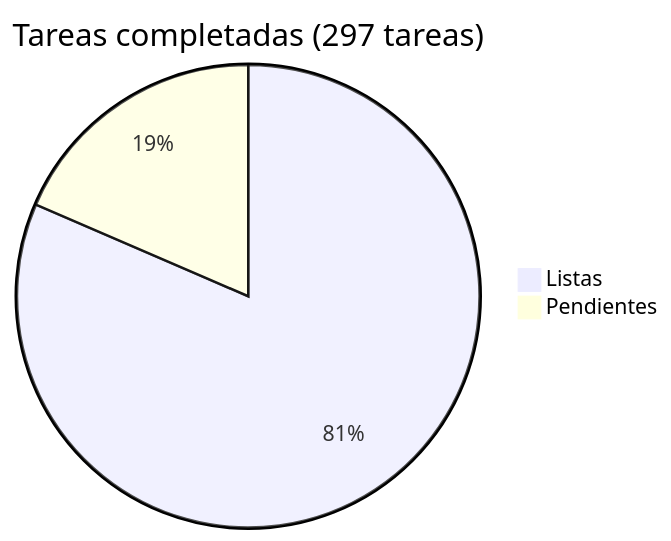
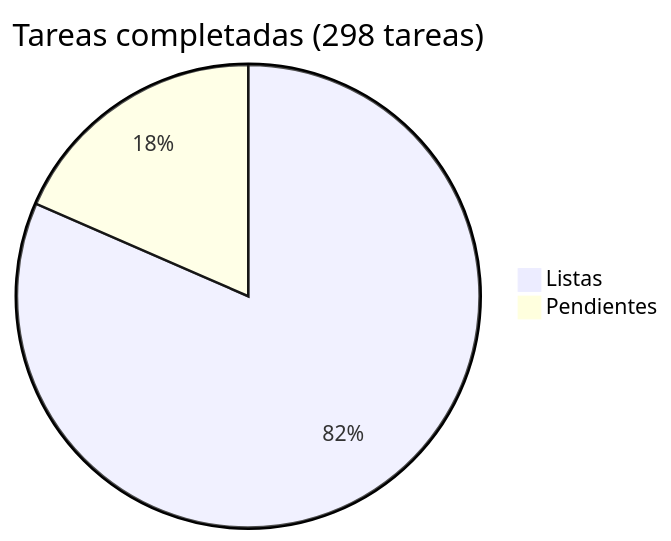
One commit to araguaney-lat/araguaney changed the diagram in docs/roadmap/README.md. Above: the diagram before and after it, drawn with Mermaid. The commit also changed other lines of this file and 7 other files, not shown here.

````diff
--- a/docs/roadmap/README.md
+++ b/docs/roadmap/README.md
@@ -5,5 +5,5 @@
 ```mermaid
-pie title Tareas completadas (297 tareas)
-    "Listas" : 242
+pie title Tareas completadas (298 tareas)
+    "Listas" : 243
     "Pendientes" : 55
 ```
````
